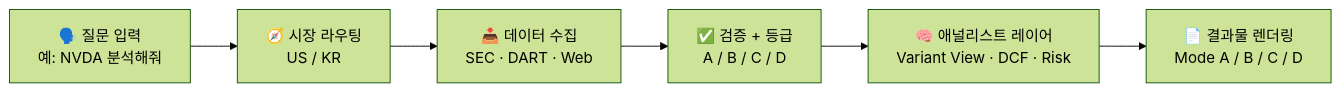
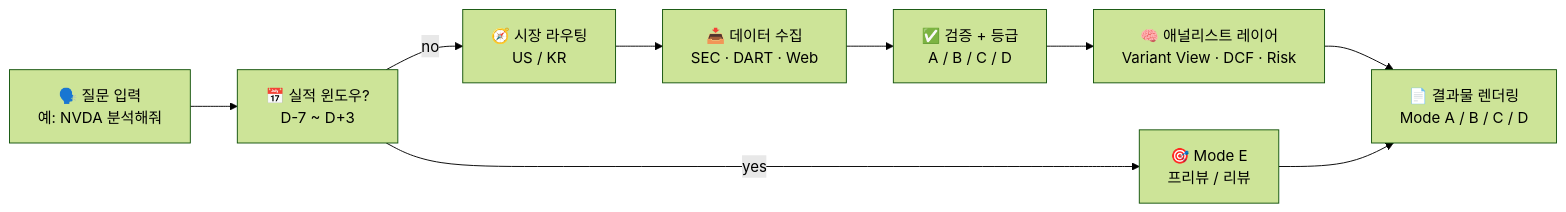
Before and after one commit to lowtidebuild/stock-analysis-agent: the diagram in README.ko.md, drawn with Mermaid (forest theme). The commit also changed other lines of this file and 2 other files, not shown here.

Commit message:
docs: update README + TODOS for Phase A-F (Mode E + 5 enhancements)

````diff
--- a/README.ko.md
+++ b/README.ko.md
@@ -215,8 +276,11 @@
 ```mermaid
 flowchart LR
-    Q[🗣️ 질문 입력<br/>예: NVDA 분석해줘] --> R[🧭 시장 라우팅<br/>US / KR]
+    Q[🗣️ 질문 입력<br/>예: NVDA 분석해줘] --> W[📅 실적 윈도우?<br/>D-7 ~ D+3]
+    W -->|yes| E[🎯 Mode E<br/>프리뷰 / 리뷰]
+    W -->|no| R[🧭 시장 라우팅<br/>US / KR]
     R --> C[📥 데이터 수집<br/>SEC · DART · Web]
     C --> V[✅ 검증 + 등급<br/>A / B / C / D]
     V --> A[🧠 애널리스트 레이어<br/>Variant View · DCF · Risk]
     A --> O[📄 결과물 렌더링<br/>Mode A / B / C / D]
+    E --> O
 ```
````
